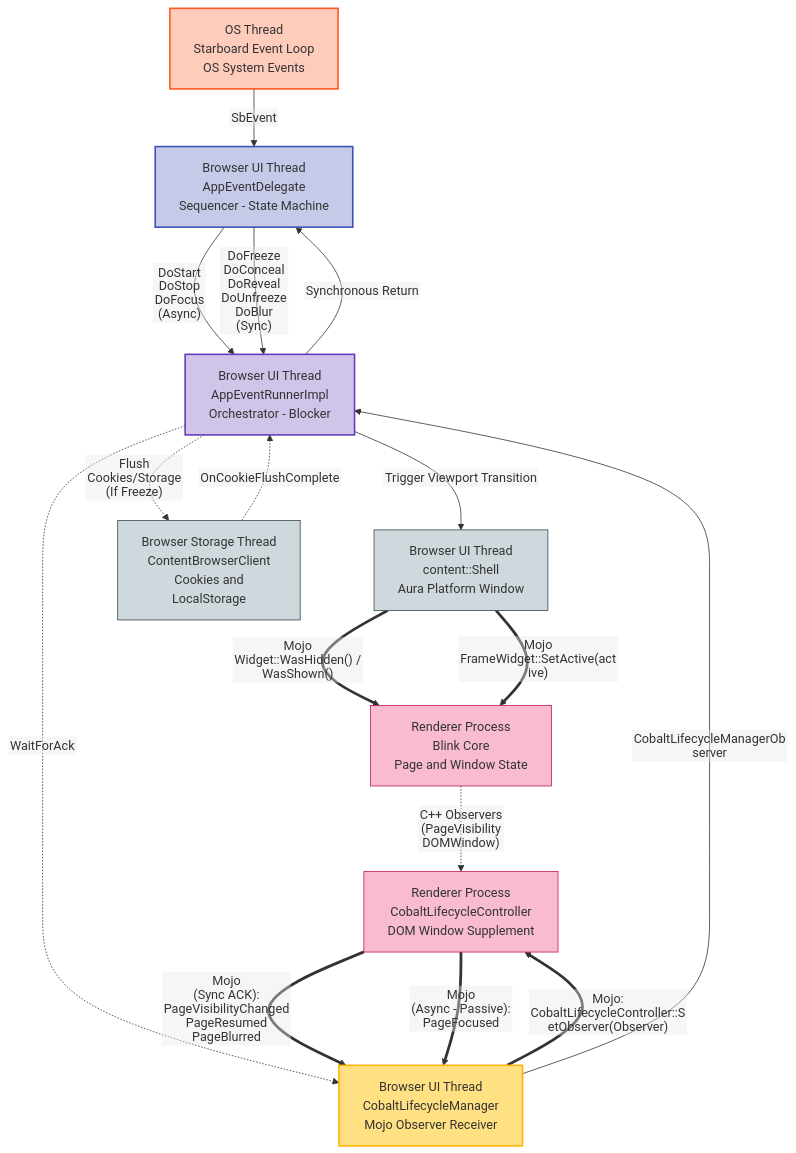
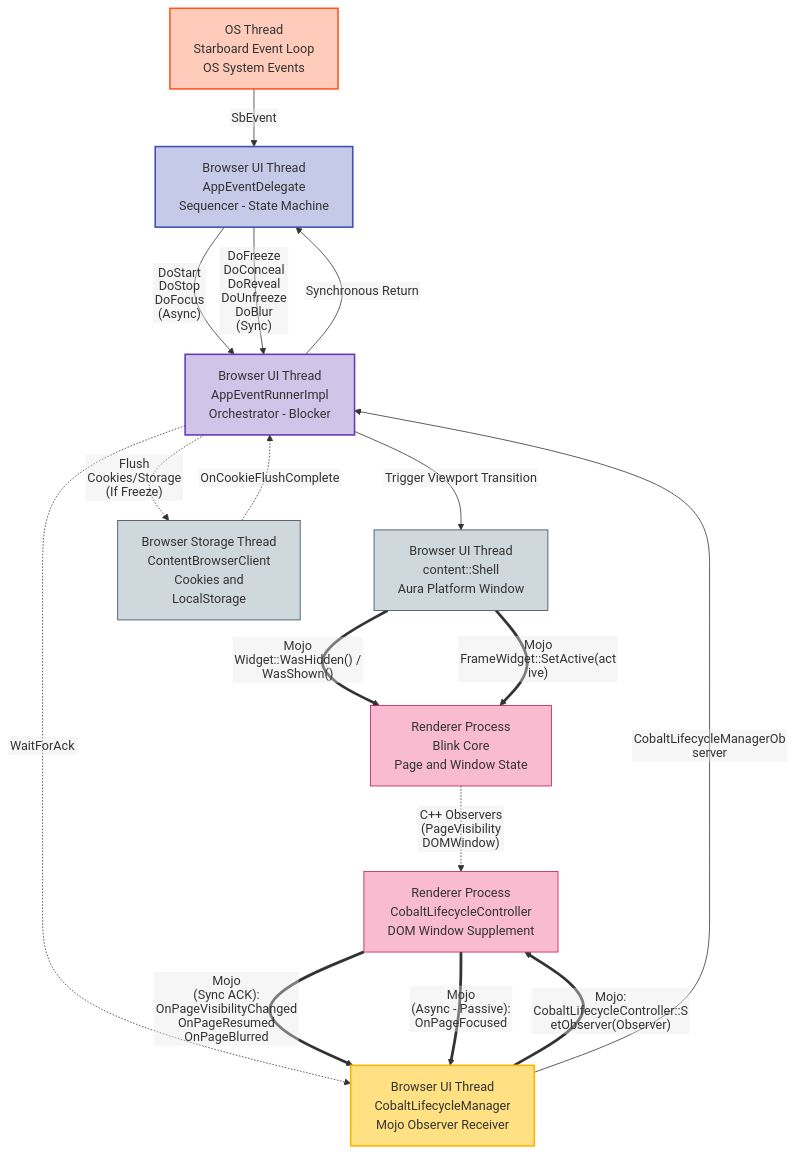
The second of 14 diagrams in cobalt/doc/lifecycle_internals.md (youtube/cobalt), drawn with Mermaid before and after one commit. The commit also changed other lines of this file and 18 other files, not shown here.

````diff
--- a/cobalt/doc/lifecycle_internals.md
+++ b/cobalt/doc/lifecycle_internals.md
@@ -93,66 +93,66 @@
 ```mermaid
 graph TD
   %% Styling Definitions
   %%{init: {"flowchart": {"htmlLabels": false}} }%%
   classDef os fill:#FFCCBC,stroke:#FF5722,stroke-width:2px;
   classDef chromium fill:#CFD8DC,stroke:#37474F,stroke-width:1px;
   classDef delegate fill:#C5CAE9,stroke:#3F51B5,stroke-width:2px;
   classDef runner fill:#D1C4E9,stroke:#673AB7,stroke-width:2px;
   classDef manager fill:#FFE082,stroke:#FFB300,stroke-width:2px;
   classDef renderer fill:#F8BBD0,stroke:#C2185B,stroke-width:1px;
 
   %% Nodes Definitions
   OS[OS Thread <br/> Starboard Event Loop <br/> OS System Events]
   Delegate[Browser UI Thread <br/> AppEventDelegate <br/> Sequencer - State Machine]
   Runner[Browser UI Thread <br/> AppEventRunnerImpl <br/> Orchestrator - Blocker]
 
   %% Chromium Browser Components
   Shell[Browser UI Thread <br/> content::Shell <br/> Aura Platform Window]
   Storage[Browser Storage Thread <br/> ContentBrowserClient <br/> Cookies and <br/> LocalStorage]
 
   Manager[Browser UI Thread <br/> CobaltLifecycleManager <br/> Mojo Observer Receiver]
 
   %% Renderer Core & Supplements
   BlinkCore[Renderer Process <br/> Blink Core <br/> Page and Window State]
   Controller[Renderer Process <br/> CobaltLifecycleController <br/> DOM Window Supplement]
 
   %% Apply Styles
   class OS os;
   class Shell,Storage chromium;
   class Delegate delegate;
   class Runner runner;
   class Manager manager;
   class BlinkCore,Controller renderer;
 
   %% Directed Coordination Edges
   OS -->|"SbEvent"| Delegate
   Delegate -->|"DoStart <br/> DoStop <br/> DoFocus <br/> (Async)"| Runner
   Delegate -->|"DoFreeze <br/> DoConceal <br/> DoReveal <br/> DoUnfreeze <br/> DoBlur <br/> (Sync)"| Runner
 
   %% Wait State Branches (Storage)
   Runner -.->|"Flush <br/> Cookies/Storage <br/> (If Freeze)"| Storage
   Storage -.->|"OnCookieFlushComplete"| Runner
 
   %% Direct Transition Trigger (Runner -> Shell -> Renderer Blink)
   Runner -->|"Trigger Viewport Transition"| Shell
 
   Shell ==>|"Mojo <br/> Widget::WasHidden() / WasShown()"| BlinkCore
   Shell ==>|"Mojo <br/> FrameWidget::SetActive(active)"| BlinkCore
 
   %% C++ State Observation inside Blink
   BlinkCore -.->|"C++ Observers (PageVisibility <br/> DOMWindow)"| Controller
 
   %% Wait State Branches (Mojo Acks - Sync Blocking transitions only)
   Runner -.->|"WaitForAck"| Manager
 
   %% Mojo Control Flow (Browser -> Renderer)
   Manager ==>|"Mojo: <br/> CobaltLifecycleController::SetObserver(Observer)"| Controller
 
   %% Mojo Observation Flow (Renderer -> Browser Manager)
-  Controller ==>|"Mojo <br/> (Sync ACK): <br/> PageVisibilityChanged <br/> PageResumed <br/> PageBlurred"| Manager
-  Controller ==>|"Mojo <br/> (Async - Passive): <br/> PageFocused"| Manager
+  Controller ==>|"Mojo <br/> (Sync ACK): <br/> OnPageVisibilityChanged <br/> OnPageResumed <br/> OnPageBlurred"| Manager
+  Controller ==>|"Mojo <br/> (Async - Passive): <br/> OnPageFocused"| Manager
 
   %% Return to main loop after aggregation (Only for Sync Blocking transitions)
   Manager -->|"CobaltLifecycleManagerObserver"| Runner
   Runner -->|"Synchronous Return"| Delegate
 ```
````
